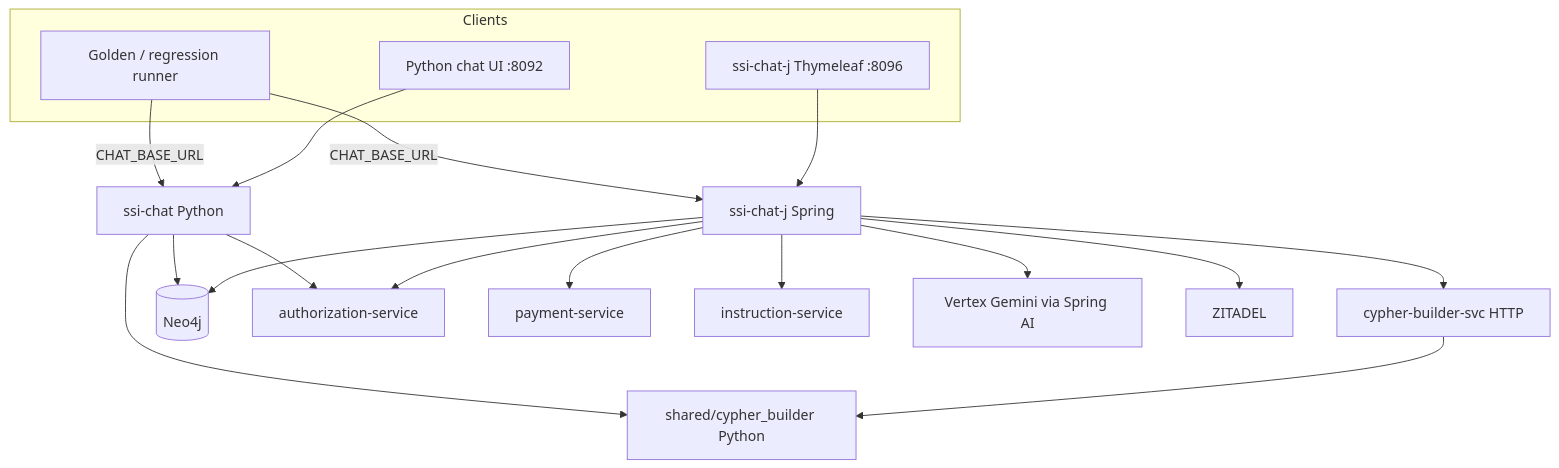
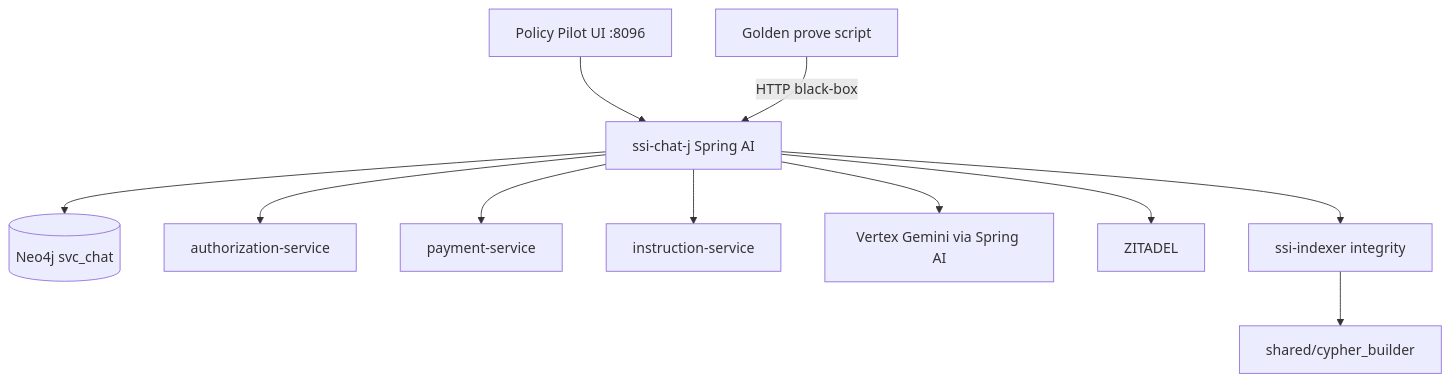
The diagram in docs/ssi-chat-j-plan.md (sanjuthomas/policy-pilot), drawn with Mermaid before and after one commit. The commit also changed other lines of this file and 27 other files, not shown here.

First line of the commit message:
Document Java-only chat cutover and the 98-case golden bank.

````diff
--- a/docs/ssi-chat-j-plan.md
+++ b/docs/ssi-chat-j-plan.md
@@ -31,26 +27,15 @@
 ```mermaid
 flowchart TB
-  subgraph clients["Clients"]
-    UI_PY[Python chat UI :8092]
-    UI_J[ssi-chat-j Thymeleaf :8096]
-    REG[Golden / regression runner]
-  end
-
-  UI_PY --> PY[ssi-chat Python]
-  UI_J --> JV[ssi-chat-j Spring]
-  REG -->|CHAT_BASE_URL| PY
-  REG -->|CHAT_BASE_URL| JV
-
-  JV --> CBS[cypher-builder-svc HTTP]
-  CBS --> CB[shared/cypher_builder Python]
-  JV --> Neo4j[(Neo4j)]
+  UI[Policy Pilot UI :8096]
+  REG[Golden prove script]
+  UI --> JV[ssi-chat-j Spring AI]
+  REG -->|HTTP black-box| JV
+  JV --> Neo4j[(Neo4j svc_chat)]
   JV --> Authz[authorization-service]
   JV --> Pay[payment-service]
   JV --> Inst[instruction-service]
   JV --> Vertex[Vertex Gemini via Spring AI]
   JV --> Zitadel[ZITADEL]
-
-  PY --> Neo4j
-  PY --> Authz
-  PY --> CB
+  JV --> Idx[ssi-indexer integrity]
+  Idx --> CB[shared/cypher_builder]
 ```
````
